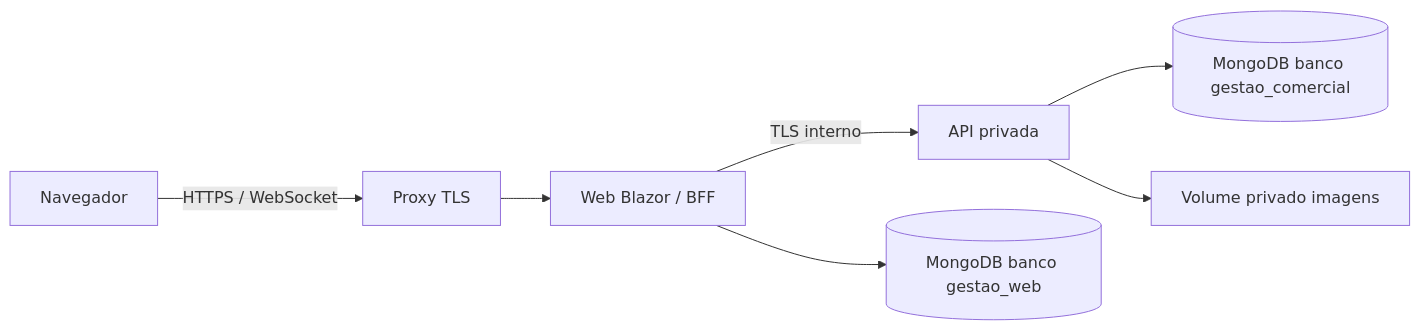
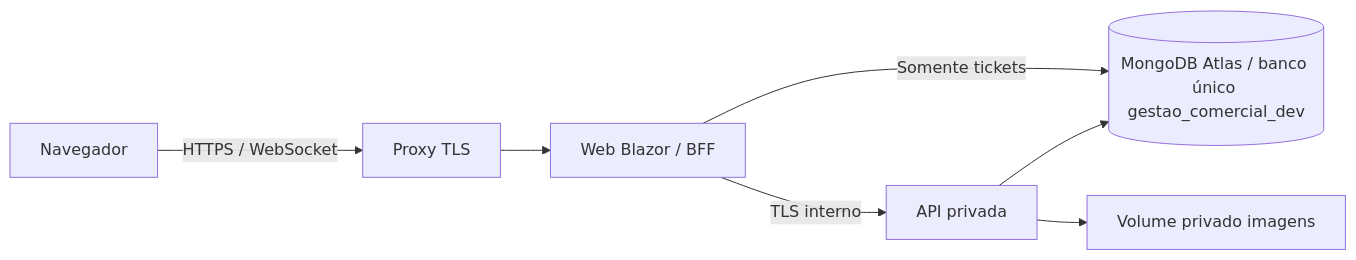
The diagram in docs/architecture/10-DEPLOY-AMBIENTES.md (argemon/MVPMilton), drawn with Mermaid before and after one commit. The commit also changed other lines of this file and 36 other files, not shown here.

````diff
--- a/docs/architecture/10-DEPLOY-AMBIENTES.md
+++ b/docs/architecture/10-DEPLOY-AMBIENTES.md
@@ -8,9 +10,9 @@
 ```mermaid
 flowchart LR
     B[Navegador] -->|HTTPS / WebSocket| P[Proxy TLS]
     P --> W[Web Blazor / BFF]
     W -->|TLS interno| A[API privada]
-    W --> WS[(MongoDB banco gestao_web)]
-    A --> DB[(MongoDB banco gestao_comercial)]
+    W -->|Somente tickets| DB
+    A --> DB[(MongoDB Atlas / banco único gestao_comercial_dev)]
     A --> IMG[Volume privado imagens]
 ```
````
